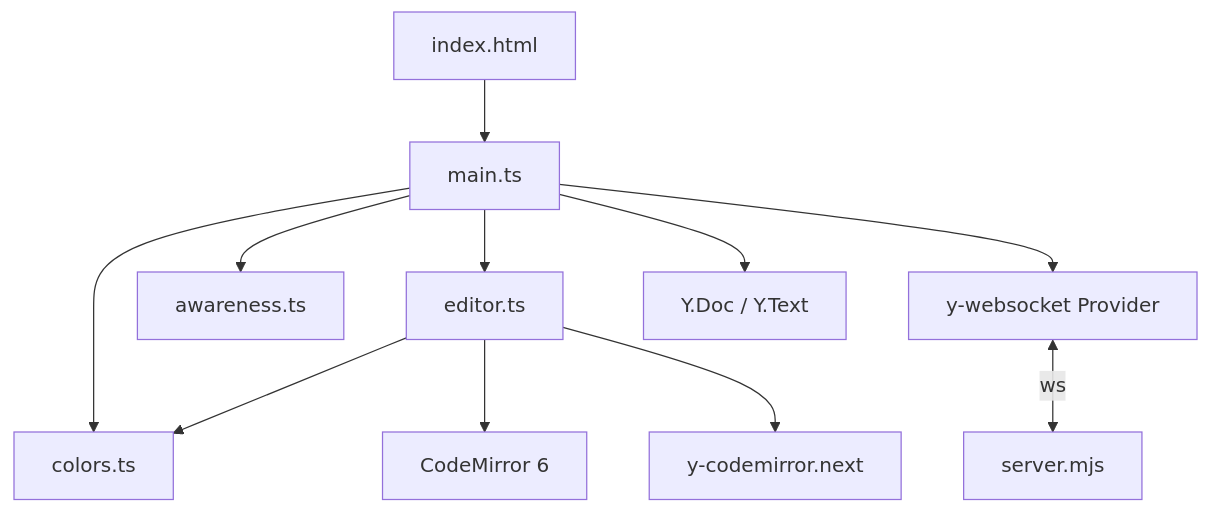
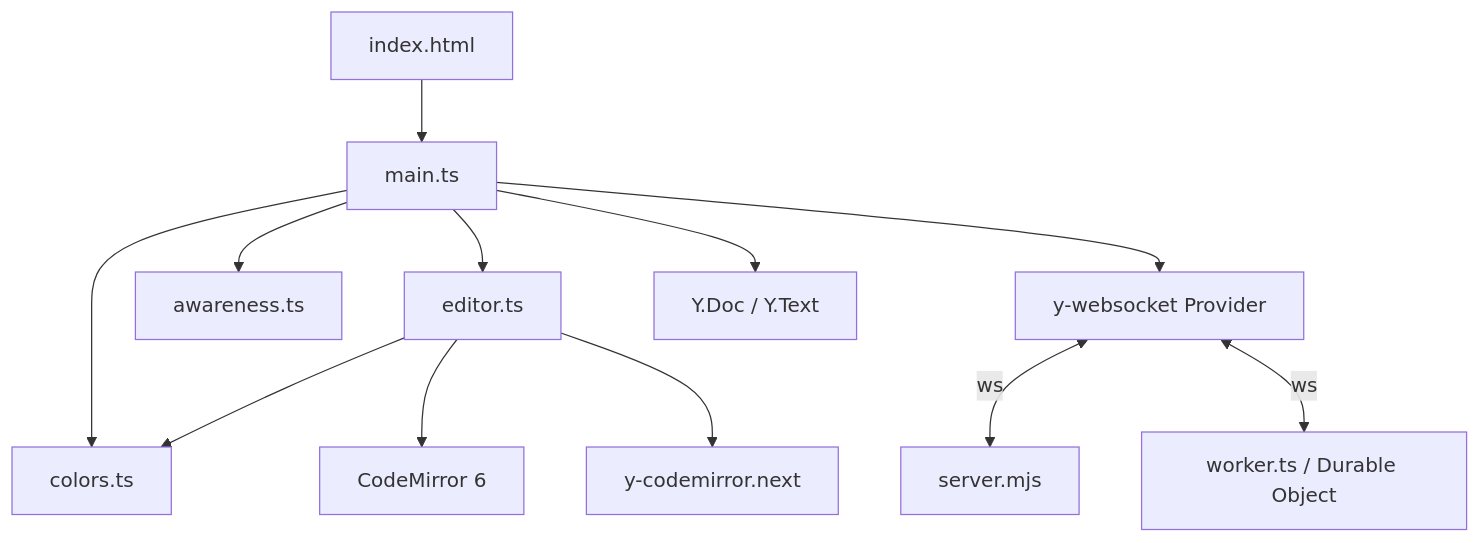
Before and after one commit to am/shake-gently: the second of 2 diagrams in README.md, drawn with Mermaid. The commit also changed other lines of this file and 8 other files, not shown here.

````diff
--- a/README.md
+++ b/README.md
@@ -73,13 +79,14 @@
 ```mermaid
 graph TD
     HTML[index.html] --> main[main.ts]
     main --> editor[editor.ts]
     main --> awareness[awareness.ts]
     main --> colors[colors.ts]
     editor --> colors
     main --> provider[y-websocket Provider]
-    provider <-->|ws| server[server.mjs]
+    provider <-->|ws| node[server.mjs]
+    provider <-->|ws| worker[worker.ts / Durable Object]
     main --> ydoc[Y.Doc / Y.Text]
     editor --> cm[CodeMirror 6]
     editor --> ycollab[y-codemirror.next]
 ```
````
